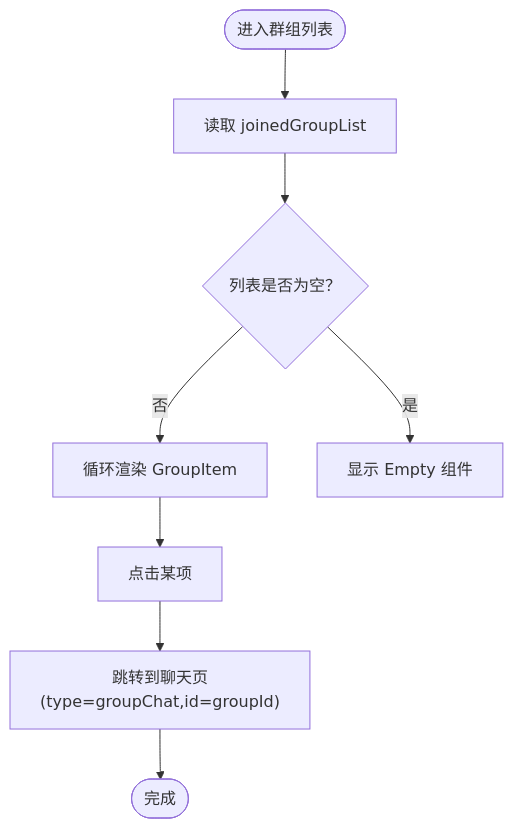
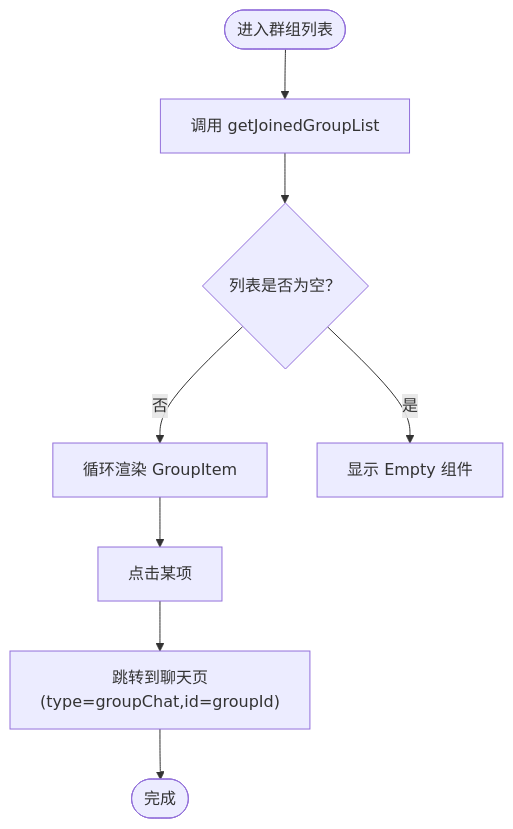
Before and after one commit to Easemob-Community/easemob-uikit-uniapp-community: the third of 9 diagrams in .qoder/repowiki/zh/content/群组模块/群组模块.md, drawn with Mermaid. The commit also changed other lines of this file and 14 other files, not shown here.

````diff
--- a/.qoder/repowiki/zh/content/群组模块/群组模块.md
+++ b/.qoder/repowiki/zh/content/群组模块/群组模块.md
@@ -146,10 +145,10 @@
 ```mermaid
 flowchart TD
-Start(["进入群组列表"]) --> Load["读取 joinedGroupList"]
+Start(["进入群组列表"]) --> Load["调用 getJoinedGroupList"]
 Load --> HasList{"列表是否为空？"}
 HasList --> |否| Render["循环渲染 GroupItem"]
 HasList --> |是| ShowEmpty["显示 Empty 组件"]
 Render --> Click["点击某项"]
 Click --> ToChat["跳转到聊天页(type=groupChat,id=groupId)"]
 ToChat --> End(["完成"])
 ```
````
